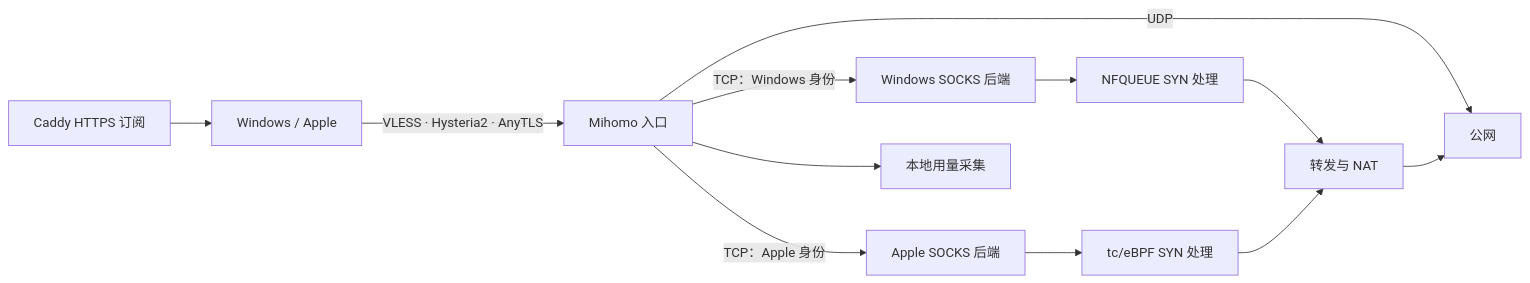
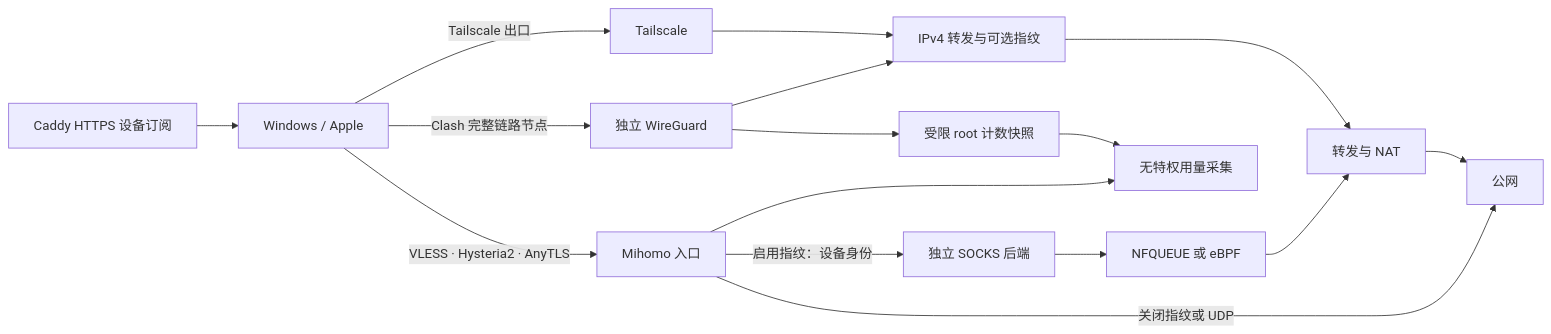
The diagram in docs/ARCHITECTURE.md (ArsvineZhu/vps-network-ops), drawn with Mermaid before and after one commit. The commit also changed other lines of this file and 75 other files, not shown here.

````diff
--- a/docs/ARCHITECTURE.md
+++ b/docs/ARCHITECTURE.md
@@ -3,11 +3,14 @@
 ```mermaid
 flowchart LR
     device[Windows / Apple] -->|VLESS · Hysteria2 · AnyTLS| front[Mihomo 入口]
-    front -->|TCP：Windows 身份| win[Windows SOCKS 后端]
-    front -->|TCP：Apple 身份| apple[Apple SOCKS 后端]
-    front -->|UDP| wan[公网]
-    win --> nfq[NFQUEUE SYN 处理] --> nat[转发与 NAT] --> wan
-    apple --> tc[tc/eBPF SYN 处理] --> nat
-    sub[Caddy HTTPS 订阅] --> device
-    front --> stats[本地用量采集]
+    front -->|启用指纹：设备身份| backend[独立 SOCKS 后端]
+    front -->|关闭指纹或 UDP| wan[公网]
+    backend --> localfp[NFQUEUE 或 eBPF] --> nat[转发与 NAT] --> wan
+    device -->|Clash 完整链路节点| wg[独立 WireGuard]
+    device -->|Tailscale 出口| ts[Tailscale]
+    wg --> forward[IPv4 转发与可选指纹] --> nat
+    ts --> forward
+    sub[Caddy HTTPS 设备订阅] --> device
+    front --> stats[无特权用量采集]
+    wg --> snapshot[受限 root 计数快照] --> stats
 ```
````
